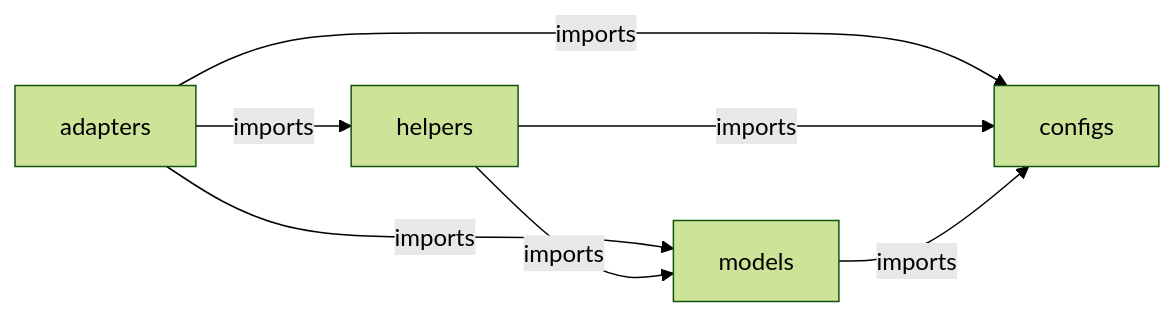
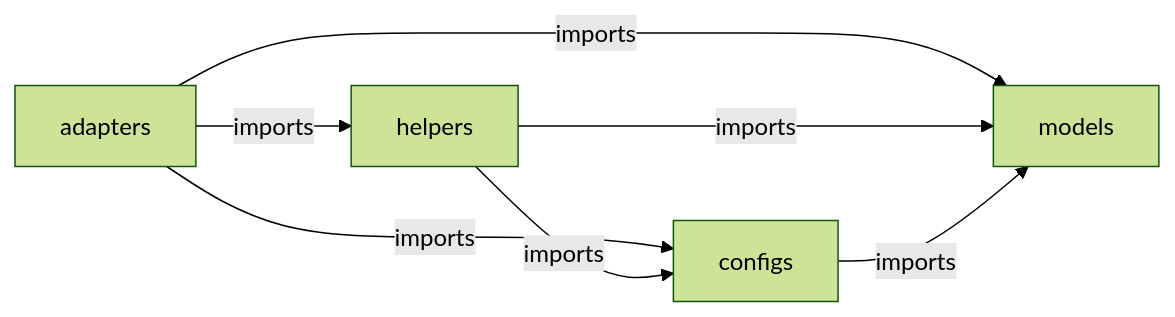
Before and after one commit to SyntaxArc/ArchiPy: the first of 2 diagrams in docs/getting-started/concepts.md, drawn with Mermaid (forest theme). The commit also changed other lines of this file and 5 other files, not shown here.

First line of the commit message:
docs(architecture): document the enforced layer order

````diff
--- a/docs/getting-started/concepts.md
+++ b/docs/getting-started/concepts.md
@@ -13,9 +13,9 @@
 ```mermaid
 graph LR
     adapters -->|imports| helpers
     adapters -->|imports| models
     adapters -->|imports| configs
     helpers -->|imports| models
     helpers -->|imports| configs
-    models -->|imports| configs
+    configs -->|imports| models
 ```
````
